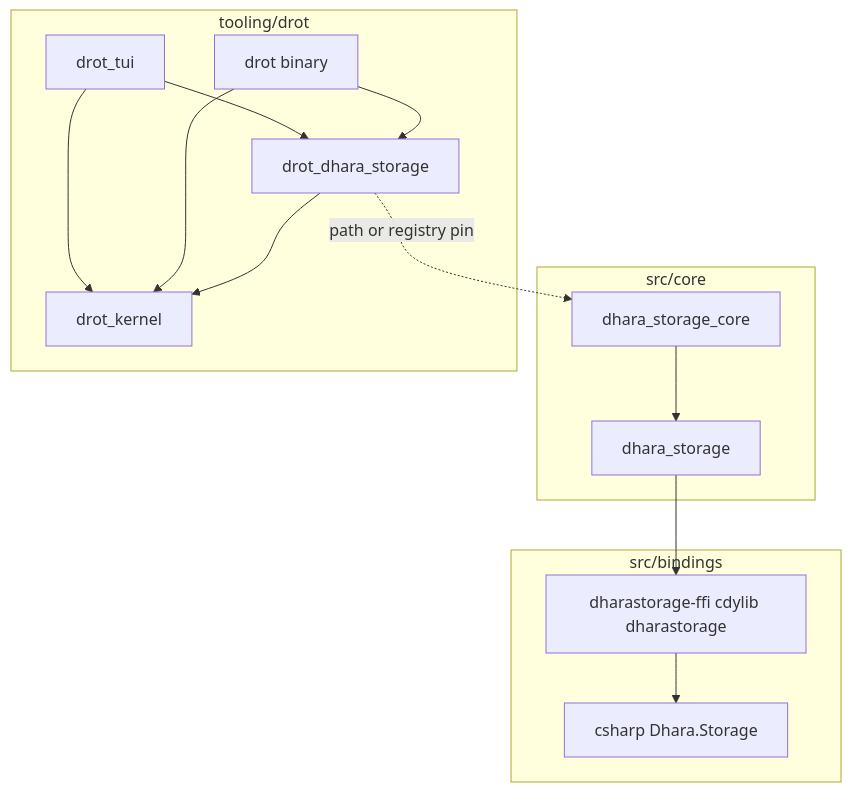
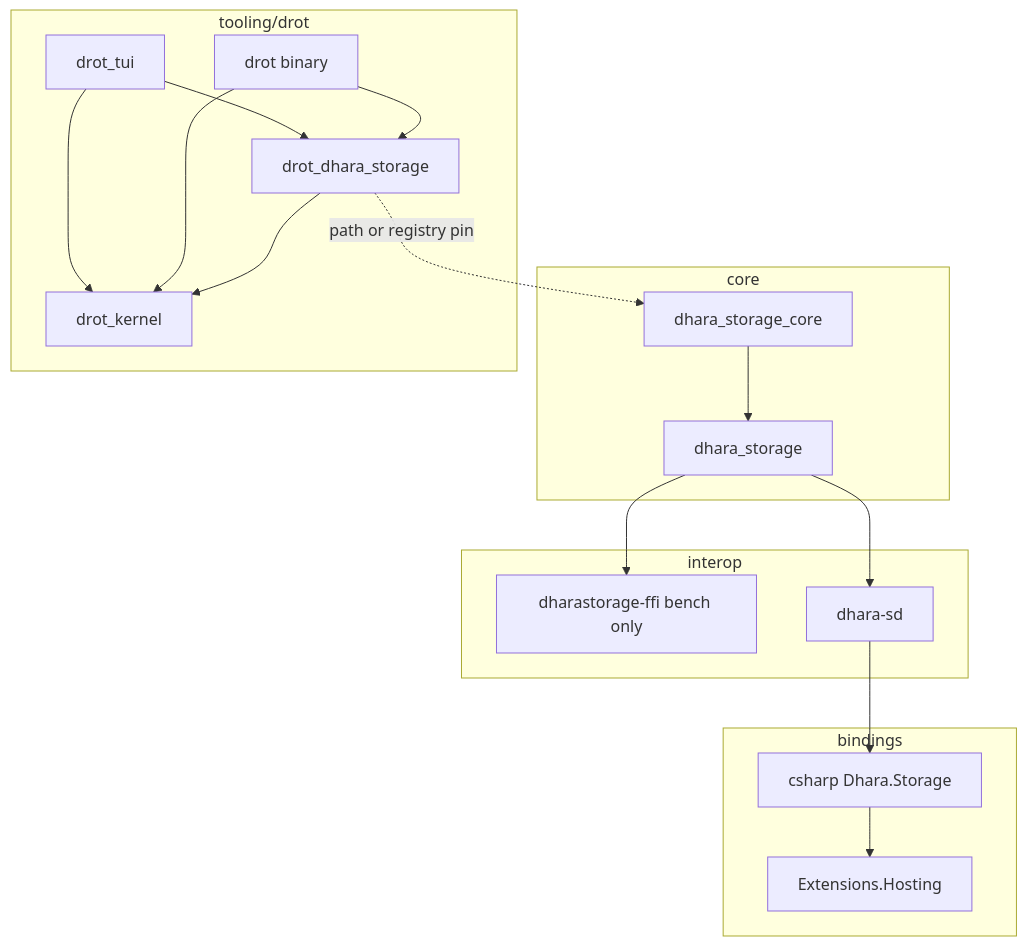
Before and after one commit to D-Naveenz/dhara_storage: the diagram in docs/architecture.md, drawn with Mermaid. The commit also changed other lines of this file and 193 other files, not shown here.

````diff
--- a/docs/architecture.md
+++ b/docs/architecture.md
@@ -7,29 +7,36 @@
 ```mermaid
 flowchart TB
-  subgraph core [src/core]
+  subgraph core [core]
     coreCrate[dhara_storage_core]
     runtime[dhara_storage]
   end
 
-  subgraph bindings [src/bindings]
-    ffi[dharastorage-ffi cdylib dharastorage]
+  subgraph interop [interop]
+    ffi[dharastorage-ffi bench only]
+    daemon[dhara-sd]
+  end
+
+  subgraph bindings [bindings]
     csharp[csharp Dhara.Storage]
+    hosting[Extensions.Hosting]
   end
 
   subgraph tool [tooling/drot]
     kernel[drot_kernel]
     plugin[drot_dhara_storage]
     tui[drot_tui]
     bin[drot binary]
   end
 
   coreCrate --> runtime
   runtime --> ffi
-  ffi --> csharp
+  runtime --> daemon
+  daemon --> csharp
+  csharp --> hosting
   plugin --> kernel
   bin --> kernel
   bin --> plugin
   tui --> kernel
   tui --> plugin
   plugin -.->|path or registry pin| coreCrate
 ```
````
